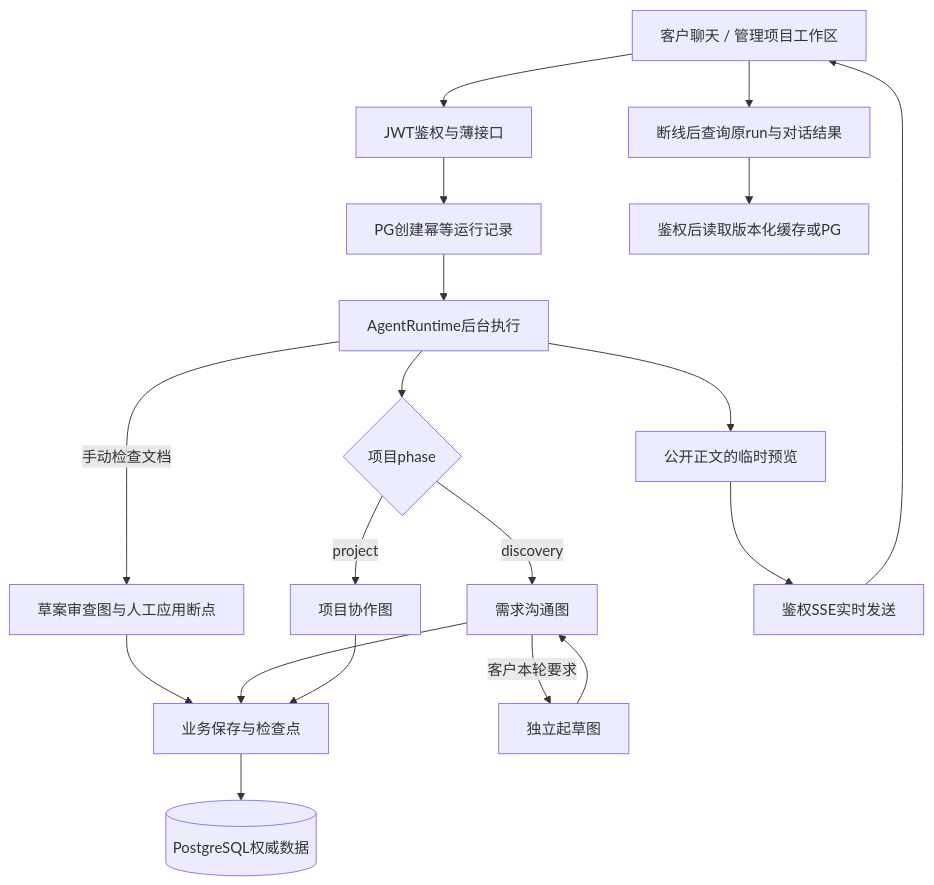
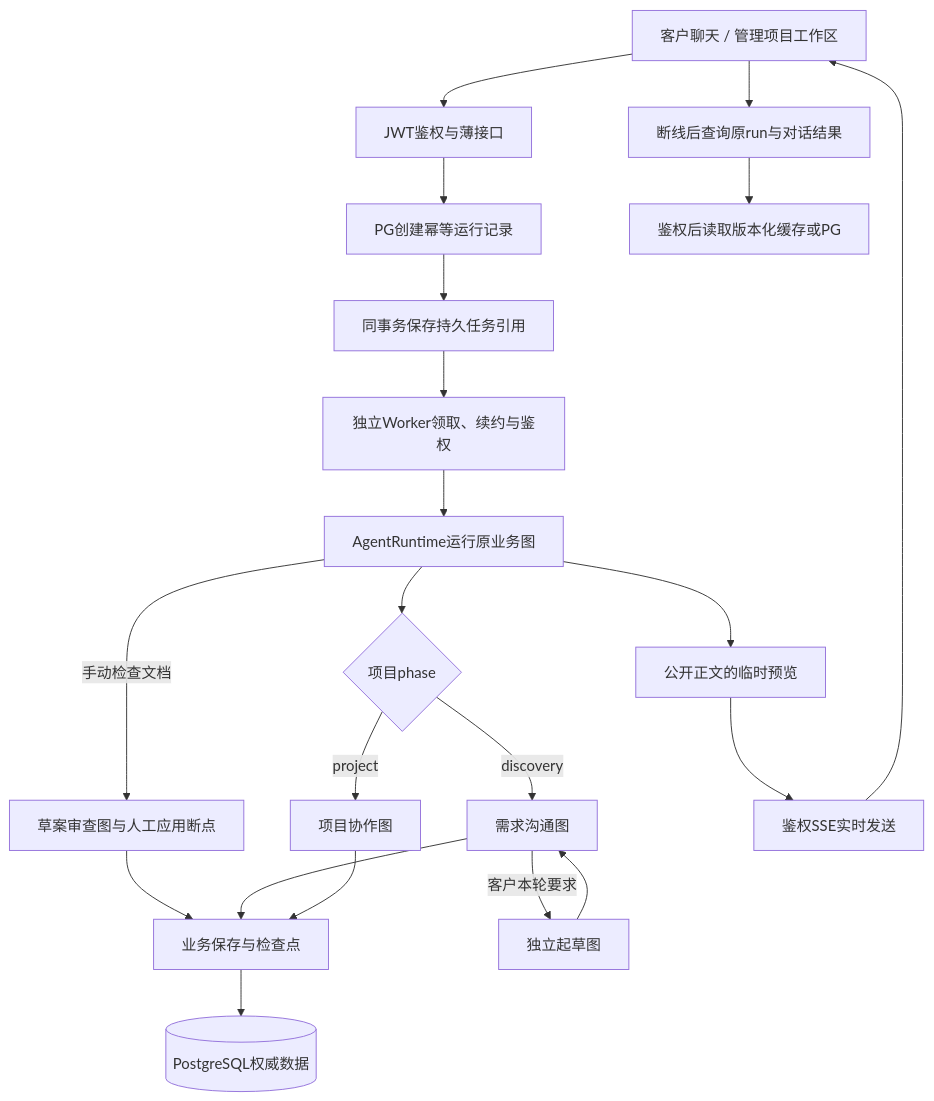
The first of 3 diagrams in docs/执行架构.md (xiaoyueQH/SmartDraft-AI-), drawn with Mermaid before and after one commit. The commit also changed other lines of this file and 35 other files, not shown here.

````diff
--- a/docs/执行架构.md
+++ b/docs/执行架构.md
@@ -5,21 +5,23 @@
 ```mermaid
 flowchart TD
     UI["客户聊天 / 管理项目工作区"] --> API["JWT鉴权与薄接口"]
     API --> DB["PG创建幂等运行记录"]
-    DB --> RT["AgentRuntime后台执行"]
+    DB --> Q["同事务保存持久任务引用"]
+    Q --> W["独立Worker领取、续约与鉴权"]
+    W --> RT["AgentRuntime运行原业务图"]
     RT -->|手动检查文档| V["草案审查图与人工应用断点"]
     V --> S
     RT --> P{"项目phase"}
     P -->|discovery| C["需求沟通图"]
     C -->|客户本轮要求| D["独立起草图"]
     D --> C
     P -->|project| J["项目协作图"]
     C --> S["业务保存与检查点"]
     J --> S
     S --> PG[("PostgreSQL权威数据")]
     RT --> LIVE["公开正文的临时预览"]
     LIVE --> SSE["鉴权SSE实时发送"]
     SSE --> UI
     UI --> GET["断线后查询原run与对话结果"]
     GET --> CACHE["鉴权后读取版本化缓存或PG"]
 ```
````
